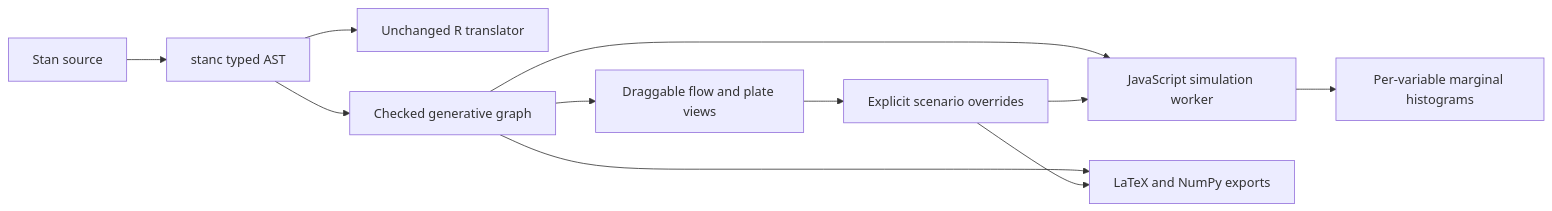
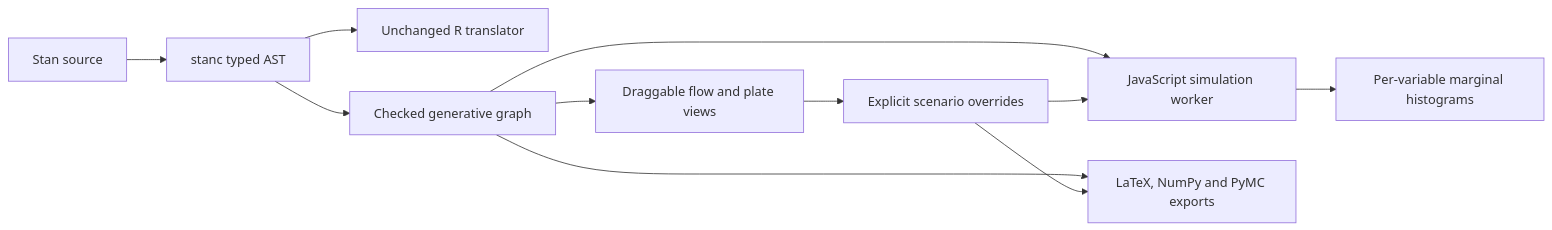
The first of 2 diagrams in docs/architecture.md (NikVetr/vetr-dev-site), drawn with Mermaid before and after one commit. The commit also changed other lines of this file and 14 other files, not shown here.

Commit message:
Export PyMC fitting models and refine graphical controls

````diff
--- a/docs/architecture.md
+++ b/docs/architecture.md
@@ -23,13 +23,13 @@
 ```mermaid
 flowchart LR
     S[Stan source] --> C[stanc typed AST]
     C --> R[Unchanged R translator]
     C --> G[Checked generative graph]
     G --> W[JavaScript simulation worker]
-    G --> E[LaTeX and NumPy exports]
+    G --> E[LaTeX, NumPy and PyMC exports]
     G --> V[Draggable flow and plate views]
     V --> O[Explicit scenario overrides]
     O --> W
     O --> E
     W --> H[Per-variable marginal histograms]
 ```
````
